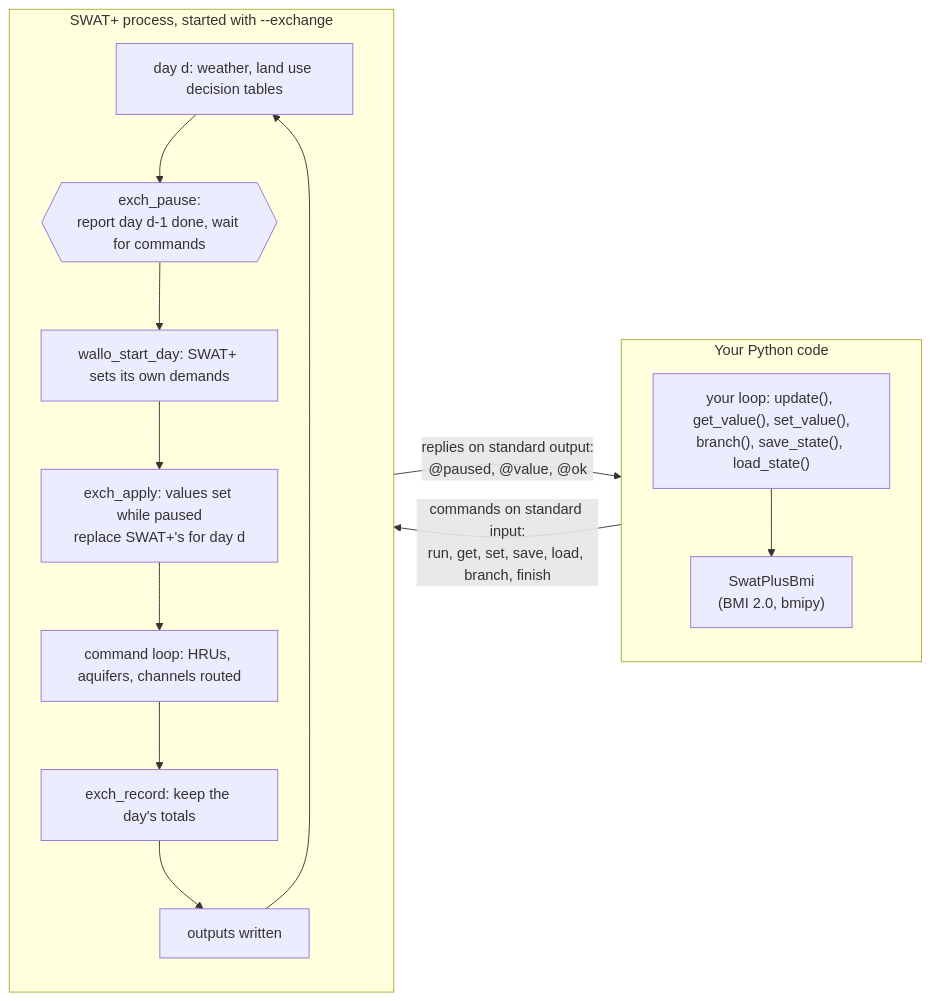
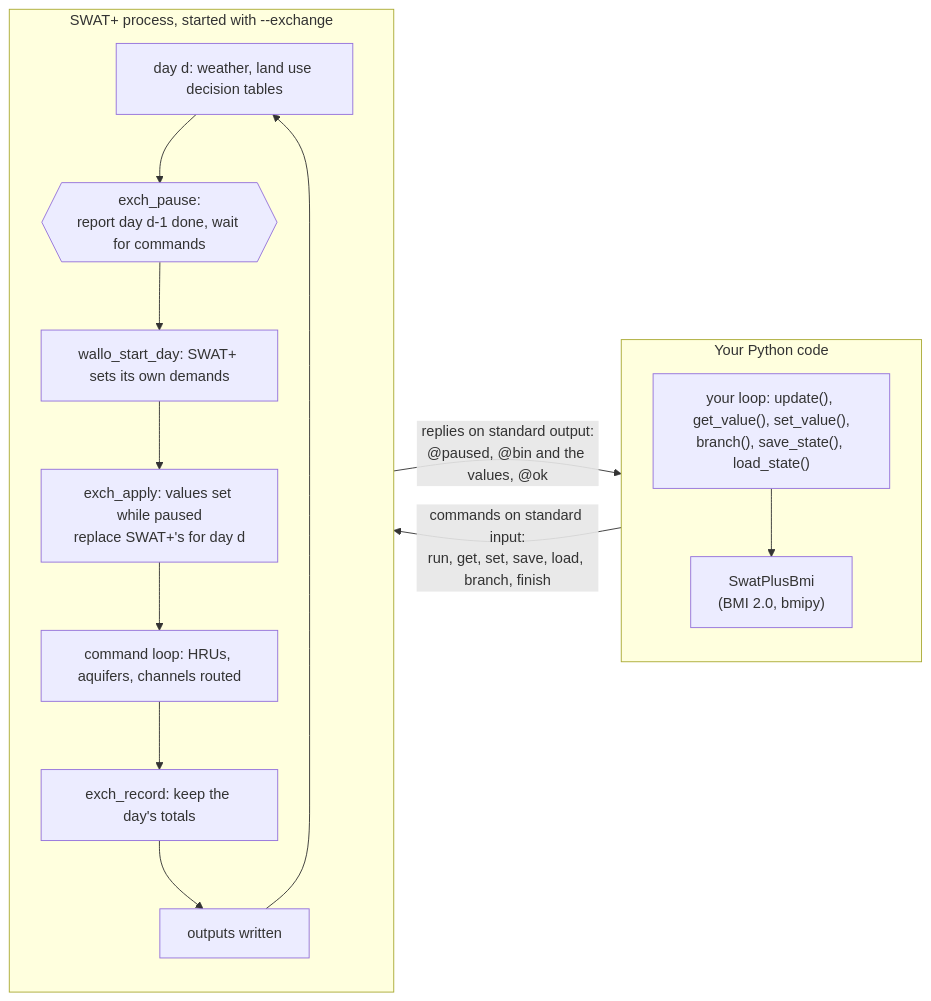
The first of 2 diagrams in README.md (northlinehydrology/swatplus-bmi), drawn with Mermaid before and after one commit. The commit also changed other lines of this file and 2 other files, not shown here.

````diff
--- a/README.md
+++ b/README.md
@@ -48,19 +48,19 @@
 ```mermaid
 flowchart LR
   subgraph PY["Your Python code"]
     direction TB
     L["your loop: update(), get_value(), set_value(),<br/>branch(), save_state(), load_state()"]
     B["SwatPlusBmi<br/>(BMI 2.0, bmipy)"]
     L --> B
   end
   subgraph SW["SWAT+ process, started with --exchange"]
     direction TB
     W["day d: weather, land use decision tables"] --> P{{"exch_pause:<br/>report day d-1 done, wait for commands"}}
     P --> S["wallo_start_day: SWAT+ sets its own demands"]
     S --> A["exch_apply: values set while paused<br/>replace SWAT+'s for day d"]
     A --> C["command loop: HRUs, aquifers, channels routed"]
     C --> R["exch_record: keep the day's totals"] --> O["outputs written"] --> W
   end
   B -- "commands on standard input:<br/>run, get, set, save, load, branch, finish" --> P
-  P -- "replies on standard output:<br/>@paused, @value, @ok" --> B
+  P -- "replies on standard output:<br/>@paused, @bin and the values, @ok" --> B
 ```
````
